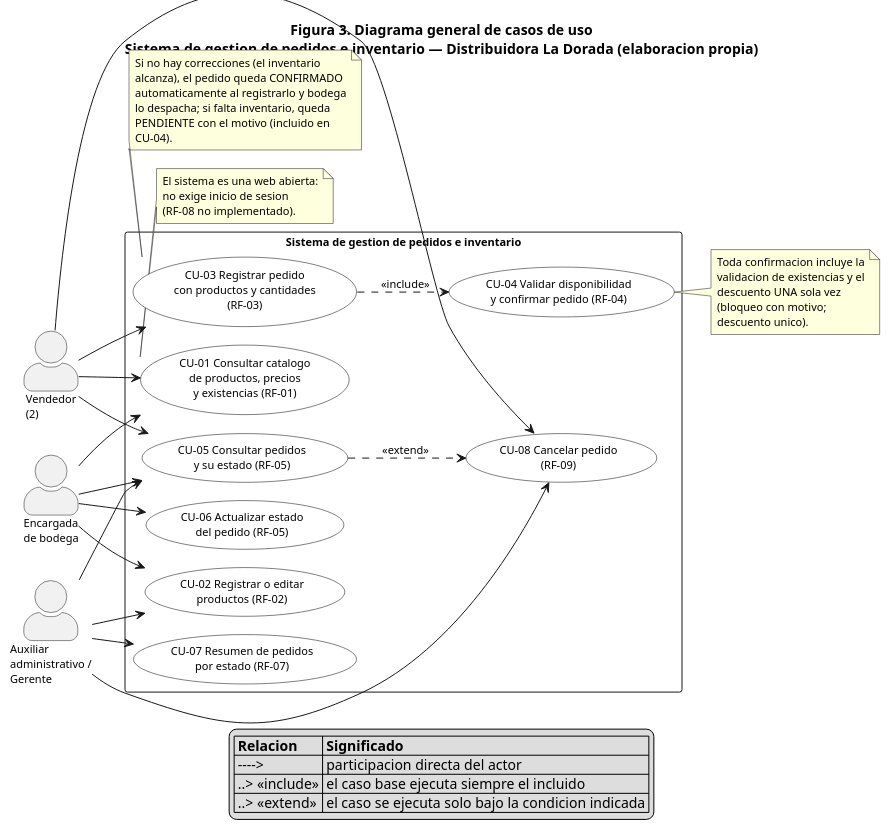
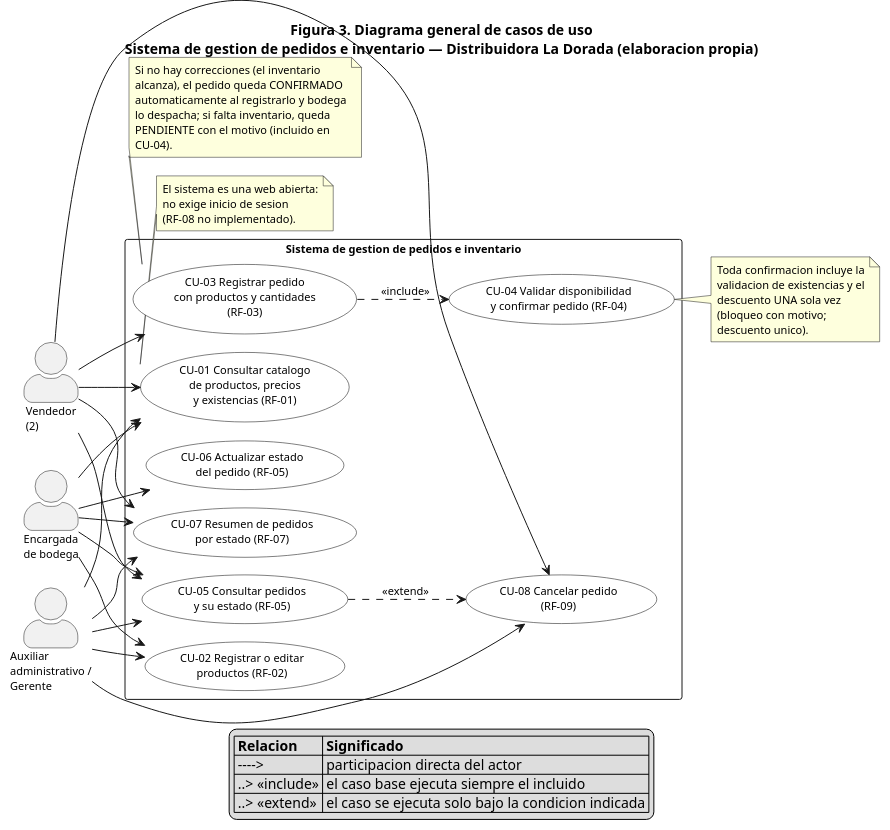
The diagram in docs/diagramas/casos-de-uso.puml (Mr-Felipe/distri_la_dorada), drawn with PlantUML before and after one commit. The commit also changed 11 other files, not shown here.

Commit message:
docs: align document and diagrams with the implemented web behavior

```diff
--- a/docs/diagramas/casos-de-uso.puml
+++ b/docs/diagramas/casos-de-uso.puml
@@ -7,77 +7,80 @@
 @startuml
 !pragma layout smetana
 title Figura 3. Diagrama general de casos de uso\nSistema de gestion de pedidos e inventario — Distribuidora La Dorada (elaboracion propia)
 
 skinparam defaultFontName Arial
 skinparam defaultFontSize 11
 skinparam shadowing false
 skinparam packageStyle rectangle
 skinparam actorStyle awesome
 skinparam usecaseBackgroundColor White
 skinparam usecaseBorderColor Black
 
 left to right direction
 
 actor "Vendedor\n(2)" as V
 actor "Encargada\nde bodega" as B
 actor "Auxiliar\nadministrativo /\nGerente" as G
 
 rectangle "Sistema de gestion de pedidos e inventario" {
 
   usecase "CU-01 Consultar catalogo\nde productos, precios\ny existencias (RF-01)" as CU1
   usecase "CU-02 Registrar o editar\nproductos (RF-02)" as CU2
   usecase "CU-03 Registrar pedido\ncon productos y cantidades\n(RF-03)" as CU3
   usecase "CU-04 Validar disponibilidad\ny confirmar pedido (RF-04)" as CU4
   usecase "CU-05 Consultar pedidos\ny su estado (RF-05)" as CU5
   usecase "CU-06 Actualizar estado\ndel pedido (RF-05)" as CU6
   usecase "CU-07 Resumen de pedidos\npor estado (RF-07)" as CU7
   usecase "CU-08 Cancelar pedido\n(RF-09)" as CU8
 }
 
 V --> CU1
 V --> CU3
 V --> CU5
+V --> CU7
 V --> CU8
 B --> CU1
 B --> CU2
 B --> CU5
 B --> CU6
+B --> CU7
+G --> CU1
 G --> CU2
 G --> CU5
 G --> CU7
 G --> CU8
 
 CU3 ..> CU4 : <<include>>
 CU5 ..> CU8 : <<extend>>
 
 note right of CU4
   Toda confirmacion incluye la
   validacion de existencias y el
   descuento UNA sola vez
   (bloqueo con motivo;
   descuento unico).
 end note
 
 note bottom of CU1
   El sistema es una web abierta:
   no exige inicio de sesion
   (RF-08 no implementado).
 end note
 
 note bottom of CU3
   Si no hay correcciones (el inventario
   alcanza), el pedido queda CONFIRMADO
   automaticamente al registrarlo y bodega
   lo despacha; si falta inventario, queda
   PENDIENTE con el motivo (incluido en
   CU-04).
 end note
 
 legend bottom
   |= Relacion |= Significado |
   | ----> | participacion directa del actor |
   | ..> <<include>> | el caso base ejecuta siempre el incluido |
   | ..> <<extend>> | el caso se ejecuta solo bajo la condicion indicada |
 endlegend
 
 @enduml
```
